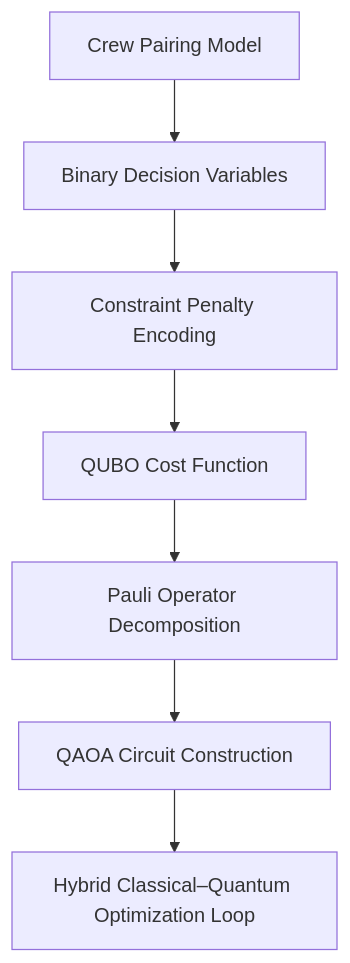
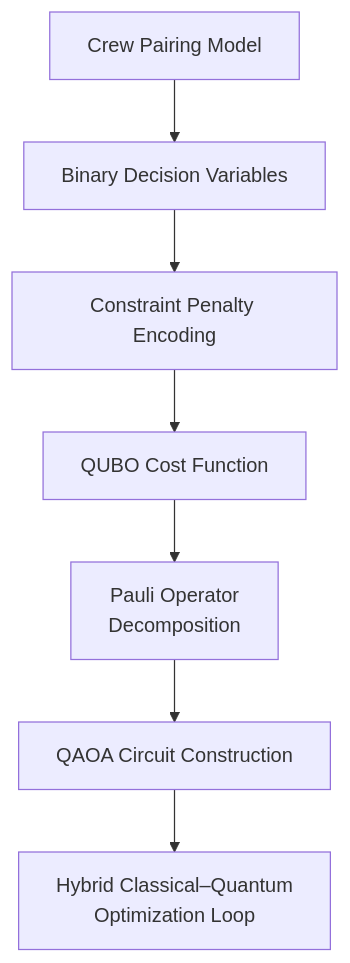
Before and after one commit to juliaaguilera-iag/optsuite-crew-pairing: the diagram in README.md, drawn with Mermaid.

Commit message:
[MOD] flowchart

````diff
--- a/README.md
+++ b/README.md
@@ -31,12 +31,14 @@
 ```mermaid
 flowchart TD
     A[Crew Pairing Model]
     B[Binary Decision Variables]
     C[Constraint Penalty Encoding]
     D[QUBO Cost Function]
-    E[Pauli Operator Decomposition]
+    E[Pauli Operator 
+    Decomposition]
     F[QAOA Circuit Construction]
-    G[Hybrid Classical–Quantum Optimization Loop]
+    G[Hybrid Classical–Quantum
+    Optimization Loop]
 
     A --> B --> C --> D --> E --> F --> G
 ```
````
